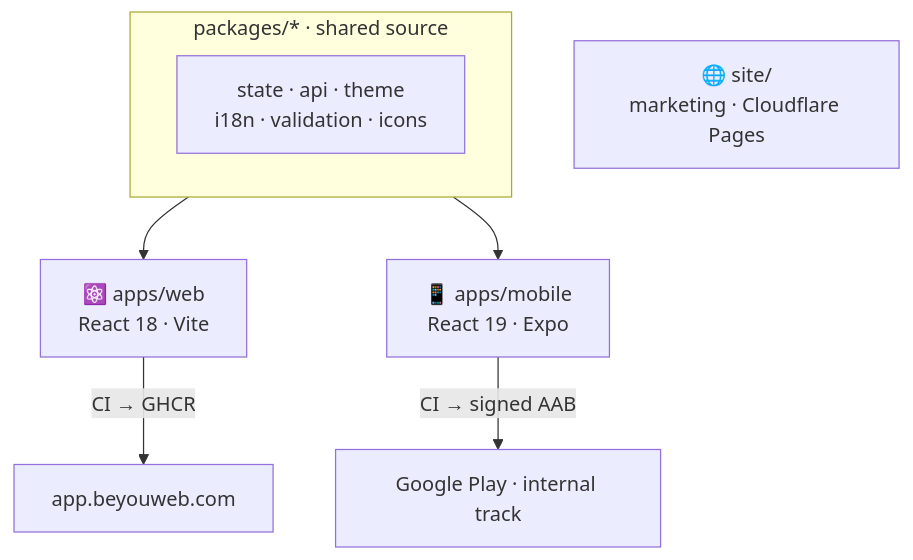
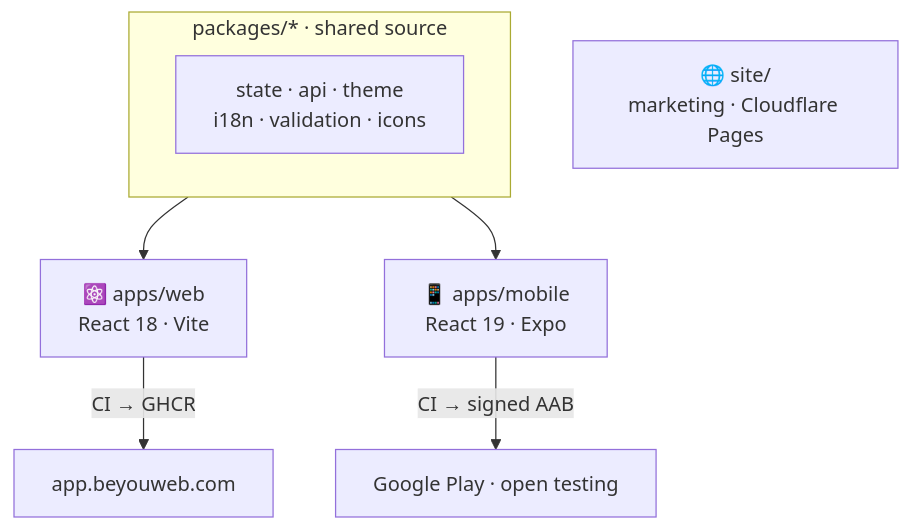
One commit to AndDev741/Beyou-arch-design changed the diagram in projects/beyou-frontend/diagram.mmd. Above: the diagram before and after it, drawn with Mermaid. The commit also changed 5 other files, not shown here.

First line of the commit message:
docs: mobile merges ship to Play open testing

```diff
--- a/projects/beyou-frontend/diagram.mmd
+++ b/projects/beyou-frontend/diagram.mmd
@@ -1,9 +1,9 @@
 flowchart TD
   subgraph pkgs["packages/* · shared source"]
     ST["state · api · theme<br/>i18n · validation · icons"]
   end
   pkgs --> WEB["⚛️ apps/web<br/>React 18 · Vite"]
   pkgs --> MOB["📱 apps/mobile<br/>React 19 · Expo"]
   SITE["🌐 site/<br/>marketing · Cloudflare Pages"]
   WEB -->|"CI → GHCR"| PROD["app.beyouweb.com"]
-  MOB -->|"CI → signed AAB"| REL["Google Play · internal track"]
+  MOB -->|"CI → signed AAB"| REL["Google Play · open testing"]
```
